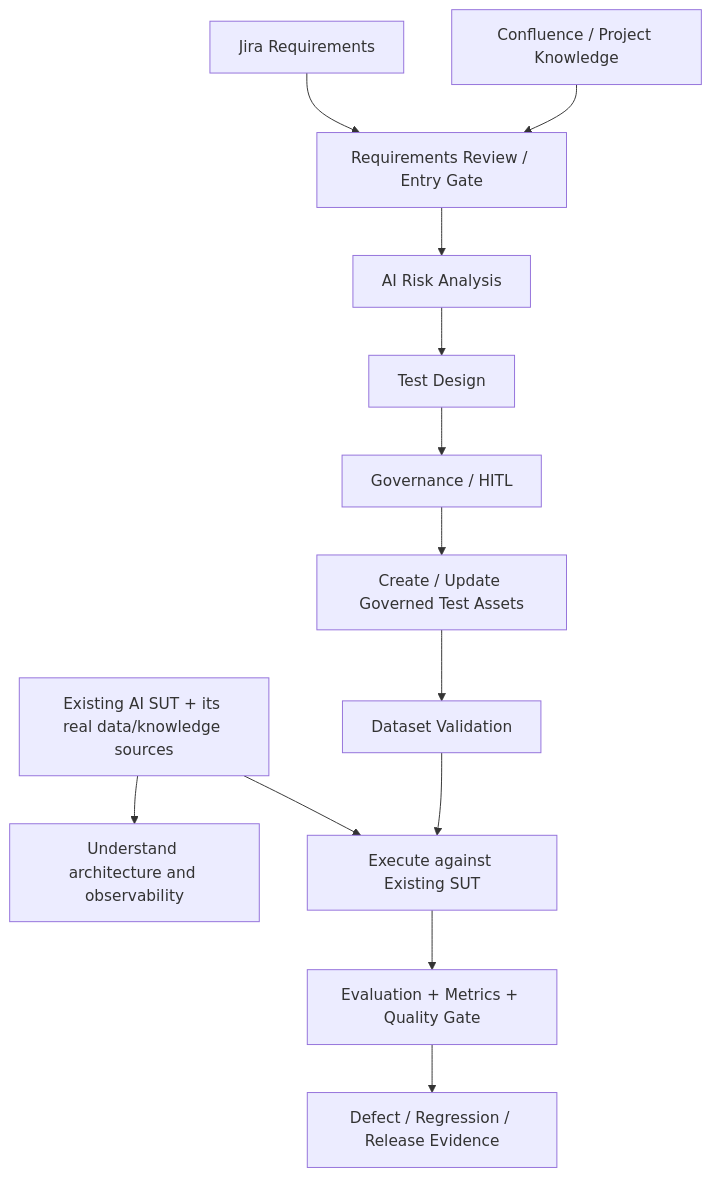
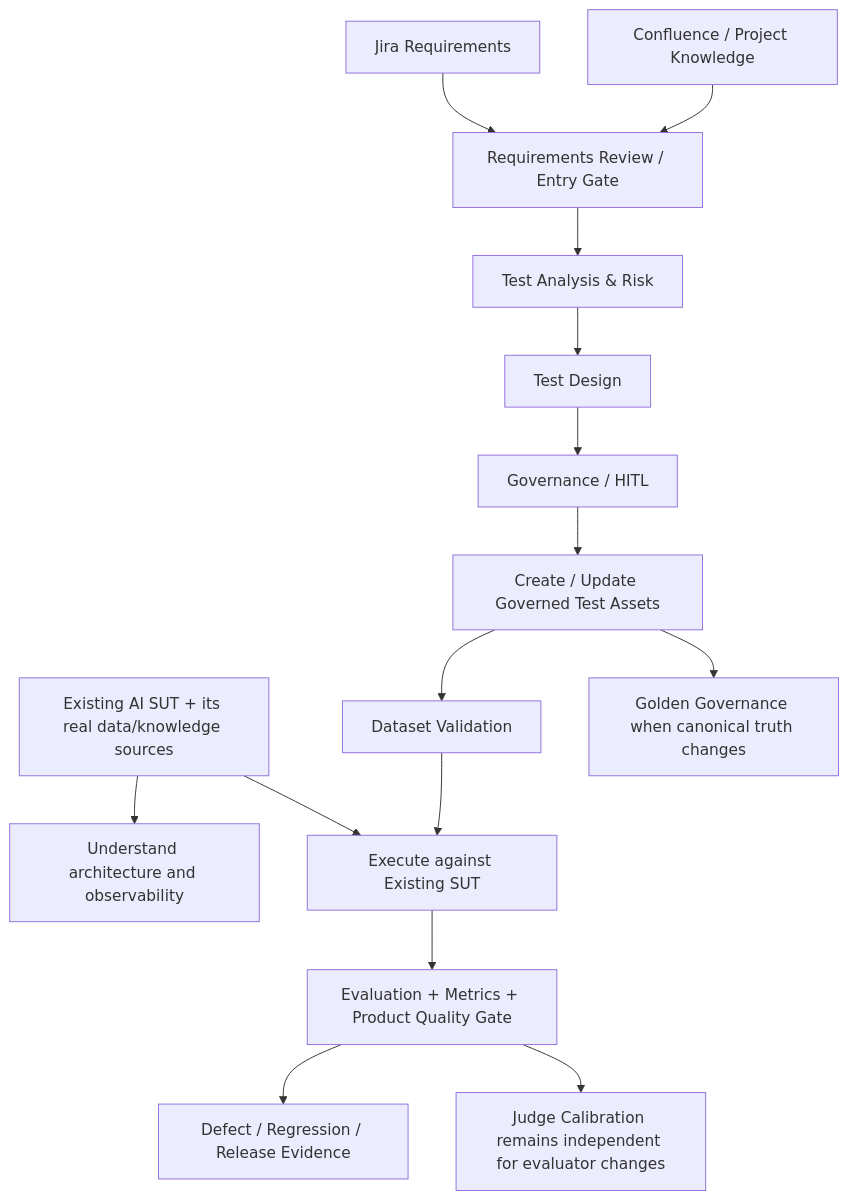
One commit to oleksandrserhieiev-beep/ai-qe-lab changed the diagram in docs/dataset_lifecycle_evolution.md. Above: the diagram before and after it, drawn with Mermaid. The commit also changed other lines of this file, not shown here.

Commit message:
docs: add Golden and Judge governance to dataset lifecycle

````diff
--- a/docs/dataset_lifecycle_evolution.md
+++ b/docs/dataset_lifecycle_evolution.md
@@ -33,15 +79,17 @@
 ```mermaid
 flowchart TD
     S[Existing AI SUT + its real data/knowledge sources] --> A[Understand architecture and observability]
     J[Jira Requirements] --> R[Requirements Review / Entry Gate]
     C[Confluence / Project Knowledge] --> R
-    R --> K[AI Risk Analysis]
+    R --> K[Test Analysis & Risk]
     K --> T[Test Design]
     T --> H[Governance / HITL]
     H --> D[Create / Update Governed Test Assets]
     D --> V[Dataset Validation]
     V --> E[Execute against Existing SUT]
     S --> E
-    E --> Q[Evaluation + Metrics + Quality Gate]
+    E --> Q[Evaluation + Metrics + Product Quality Gate]
     Q --> X[Defect / Regression / Release Evidence]
+    D --> G[Golden Governance when canonical truth changes]
+    Q --> JG[Judge Calibration remains independent for evaluator changes]
 ```
````
